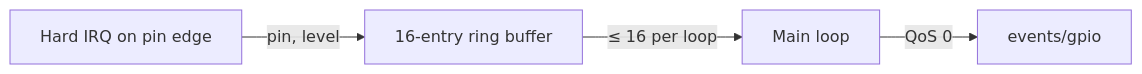
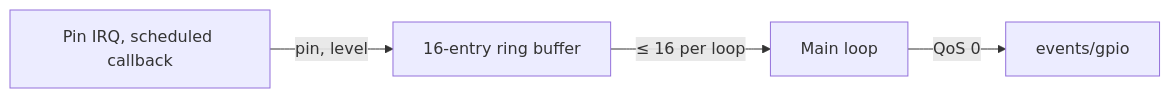
One commit to arshnooramin/espswarm changed the sixth of 6 diagrams in docs/protocol.md. Above: the diagram before and after it, drawn with Mermaid. The commit also changed other lines of this file and 19 other files, not shown here.

````diff
--- a/docs/protocol.md
+++ b/docs/protocol.md
@@ -253,6 +260,6 @@
 ```mermaid
 flowchart LR
-    IRQ[Hard IRQ on pin edge] -->|pin, level| Q[16-entry ring buffer]
+    IRQ[Pin IRQ, scheduled callback] -->|pin, level| Q[16-entry ring buffer]
     Q -->|≤ 16 per loop| Loop[Main loop]
     Loop -->|QoS 0| T[events/gpio]
 ```
````
